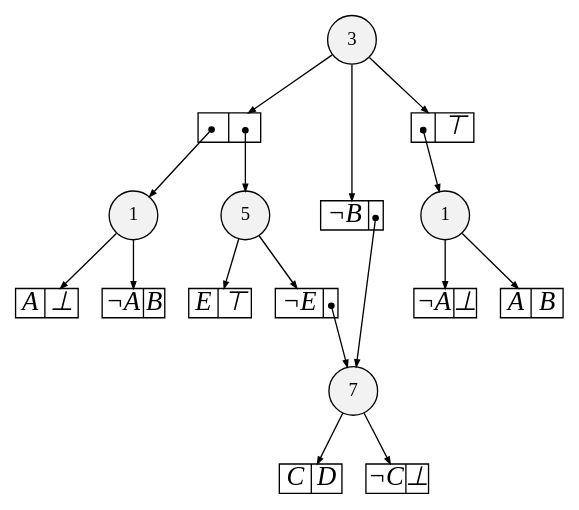
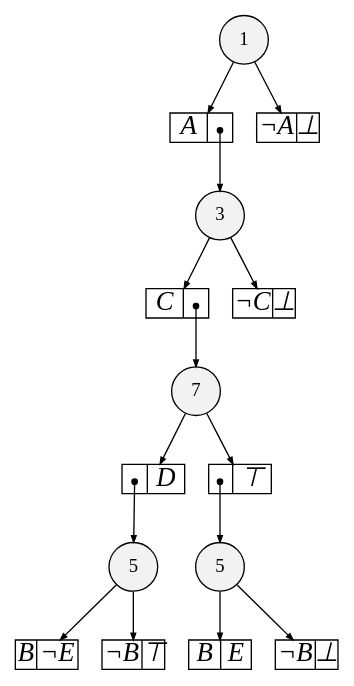
One commit to 09B21011/FTA-by-SDD changed the diagram in output/sdd.dot. Above: the diagram before and after it, drawn with Graphviz. The commit also changed 9 other files, not shown here.

```diff
--- a/output/sdd.dot
+++ b/output/sdd.dot
@@ -1,155 +1,142 @@
 
 digraph sdd {
 
 overlap=false
 
-{rank=same; n18 }
-{rank=same; n19 }
-{rank=same; n20 }
-{rank=same; n16 n13 }
+{rank=same; n22 }
+{rank=same; n18 n21 }
+{rank=same; n23 }
+{rank=same; n24 }
 
-n18 [label= "7",style=filled,fillcolor=gray95,shape=circle,height=.25,width=.25]; 
+n22 [label= "7",style=filled,fillcolor=gray95,shape=circle,height=.25,width=.25]; 
+n22e0
+      [label= "<L>|<R>D",
+      shape=record,
+      fontsize=20,
+      fontname="Times-Italic",
+      fillcolor=white,
+      style=filled,
+      fixedsize=true,
+      height=.30, 
+      width=.65];
+
+n22->n22e0 [arrowsize=.50];
+n22e0:L:c->n21 [arrowsize=.50,tailclip=false,arrowtail=dot,dir=both];
+n22e1
+      [label= "<L>|<R>&#8868;",
+      shape=record,
+      fontsize=20,
+      fontname="Times-Italic",
+      fillcolor=white,
+      style=filled,
+      fixedsize=true,
+      height=.30, 
+      width=.65];
+
+n22->n22e1 [arrowsize=.50];
+n22e1:L:c->n18 [arrowsize=.50,tailclip=false,arrowtail=dot,dir=both];
+n18 [label= "5",style=filled,fillcolor=gray95,shape=circle,height=.25,width=.25]; 
 n18e0
-      [label= "<L>C|<R>D",
+      [label= "<L>B|<R>E",
       shape=record,
       fontsize=20,
       fontname="Times-Italic",
       fillcolor=white,
       style=filled,
       fixedsize=true,
       height=.30, 
       width=.65];
 
 n18->n18e0 [arrowsize=.50];
 n18e1
+      [label= "<L>&not;B|<R>&#8869;",
+      shape=record,
+      fontsize=20,
+      fontname="Times-Italic",
+      fillcolor=white,
+      style=filled,
+      fixedsize=true,
+      height=.30, 
+      width=.65];
+
+n18->n18e1 [arrowsize=.50];
+n21 [label= "5",style=filled,fillcolor=gray95,shape=circle,height=.25,width=.25]; 
+n21e0
+      [label= "<L>B|<R>&not;E",
+      shape=record,
+      fontsize=20,
+      fontname="Times-Italic",
+      fillcolor=white,
+      style=filled,
+      fixedsize=true,
+      height=.30, 
+      width=.65];
+
+n21->n21e0 [arrowsize=.50];
+n21e1
+      [label= "<L>&not;B|<R>&#8868;",
+      shape=record,
+      fontsize=20,
+      fontname="Times-Italic",
+      fillcolor=white,
+      style=filled,
+      fixedsize=true,
+      height=.30, 
+      width=.65];
+
+n21->n21e1 [arrowsize=.50];
+n23 [label= "3",style=filled,fillcolor=gray95,shape=circle,height=.25,width=.25]; 
+n23e0
+      [label= "<L>C|<R>",
+      shape=record,
+      fontsize=20,
+      fontname="Times-Italic",
+      fillcolor=white,
+      style=filled,
+      fixedsize=true,
+      height=.30, 
+      width=.65];
+
+n23->n23e0 [arrowsize=.50];
+n23e0:R:c->n22 [arrowsize=.50,tailclip=false,arrowtail=dot,dir=both];
+n23e1
       [label= "<L>&not;C|<R>&#8869;",
       shape=record,
       fontsize=20,
       fontname="Times-Italic",
       fillcolor=white,
       style=filled,
       fixedsize=true,
       height=.30, 
       width=.65];
 
-n18->n18e1 [arrowsize=.50];
-n19 [label= "5",style=filled,fillcolor=gray95,shape=circle,height=.25,width=.25]; 
-n19e0
-      [label= "<L>&not;E|<R>",
+n23->n23e1 [arrowsize=.50];
+n24 [label= "1",style=filled,fillcolor=gray95,shape=circle,height=.25,width=.25]; 
+n24e0
+      [label= "<L>A|<R>",
       shape=record,
       fontsize=20,
       fontname="Times-Italic",
       fillcolor=white,
       style=filled,
       fixedsize=true,
       height=.30, 
       width=.65];
 
-n19->n19e0 [arrowsize=.50];
-n19e0:R:c->n18 [arrowsize=.50,tailclip=false,arrowtail=dot,dir=both];
-n19e1
-      [label= "<L>E|<R>&#8868;",
-      shape=record,
-      fontsize=20,
-      fontname="Times-Italic",
-      fillcolor=white,
-      style=filled,
-      fixedsize=true,
-      height=.30, 
-      width=.65];
-
-n19->n19e1 [arrowsize=.50];
-n20 [label= "3",style=filled,fillcolor=gray95,shape=circle,height=.25,width=.25]; 
-n20e0
-      [label= "<L>|<R>",
-      shape=record,
-      fontsize=20,
-      fontname="Times-Italic",
-      fillcolor=white,
-      style=filled,
-      fixedsize=true,
-      height=.30, 
-      width=.65];
-
-n20->n20e0 [arrowsize=.50];
-n20e0:L:c->n16 [arrowsize=.50,tailclip=false,arrowtail=dot,dir=both];
-n20e0:R:c->n19 [arrowsize=.50,tailclip=false,arrowtail=dot,dir=both];
-n20e1
-      [label= "<L>&not;B|<R>",
-      shape=record,
-      fontsize=20,
-      fontname="Times-Italic",
-      fillcolor=white,
-      style=filled,
-      fixedsize=true,
-      height=.30, 
-      width=.65];
-
-n20->n20e1 [arrowsize=.50];
-n20e1:R:c->n18 [arrowsize=.50,tailclip=false,arrowtail=dot,dir=both];
-n20e2
-      [label= "<L>|<R>&#8868;",
-      shape=record,
-      fontsize=20,
-      fontname="Times-Italic",
-      fillcolor=white,
-      style=filled,
-      fixedsize=true,
-      height=.30, 
-      width=.65];
-
-n20->n20e2 [arrowsize=.50];
-n20e2:L:c->n13 [arrowsize=.50,tailclip=false,arrowtail=dot,dir=both];
-n16 [label= "1",style=filled,fillcolor=gray95,shape=circle,height=.25,width=.25]; 
-n16e0
-      [label= "<L>&not;A|<R>B",
-      shape=record,
-      fontsize=20,
-      fontname="Times-Italic",
-      fillcolor=white,
-      style=filled,
-      fixedsize=true,
-      height=.30, 
-      width=.65];
-
-n16->n16e0 [arrowsize=.50];
-n16e1
-      [label= "<L>A|<R>&#8869;",
-      shape=record,
-      fontsize=20,
-      fontname="Times-Italic",
-      fillcolor=white,
-      style=filled,
-      fixedsize=true,
-      height=.30, 
-      width=.65];
-
-n16->n16e1 [arrowsize=.50];
-n13 [label= "1",style=filled,fillcolor=gray95,shape=circle,height=.25,width=.25]; 
-n13e0
-      [label= "<L>A|<R>B",
-      shape=record,
-      fontsize=20,
-      fontname="Times-Italic",
-      fillcolor=white,
-      style=filled,
-      fixedsize=true,
-      height=.30, 
-      width=.65];
-
-n13->n13e0 [arrowsize=.50];
-n13e1
+n24->n24e0 [arrowsize=.50];
+n24e0:R:c->n23 [arrowsize=.50,tailclip=false,arrowtail=dot,dir=both];
+n24e1
       [label= "<L>&not;A|<R>&#8869;",
       shape=record,
       fontsize=20,
       fontname="Times-Italic",
       fillcolor=white,
       style=filled,
       fixedsize=true,
       height=.30, 
       width=.65];
 
-n13->n13e1 [arrowsize=.50];
+n24->n24e1 [arrowsize=.50];
 
 
 }
```
